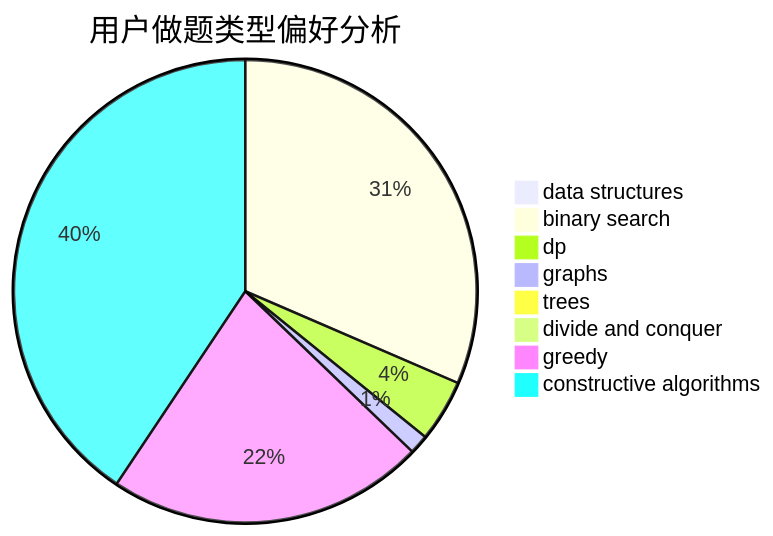
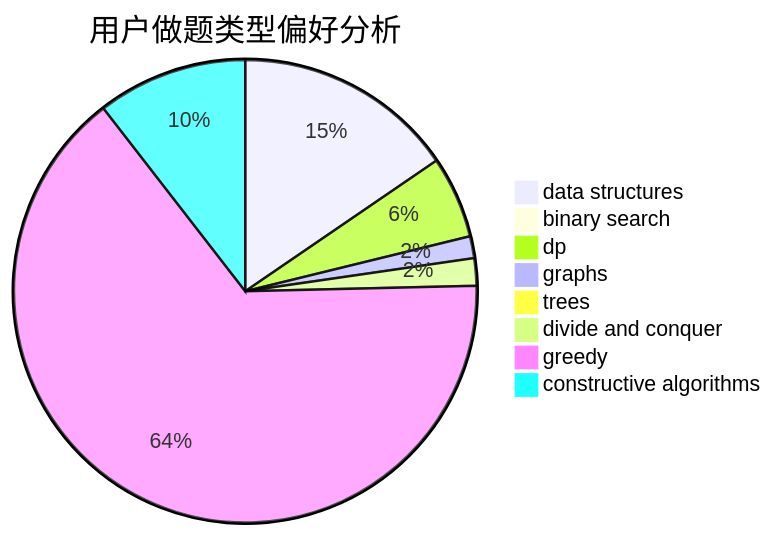
Before and after one commit to sherpahu/cfrs.github.io: the second of 3 diagrams in docs/user/u2442.md, drawn with Mermaid. The commit also changed other lines of this file and 2770 other files, not shown here.

````diff
--- a/docs/user/u2442.md
+++ b/docs/user/u2442.md
@@ -23,11 +23,11 @@
 ```mermaid
 pie title 用户做题类型偏好分析
-    "data structures" :  0
-    "binary search" :  210
-    "dp" :  29
-    "graphs" :  9
-    "trees" :  3
-    "divide and conquer" :  0
-    "greedy" :  148
-    "constructive algorithms" :  271
+    "data structures" :  81
+    "binary search" :  4
+    "dp" :  30
+    "graphs" :  8
+    "trees" :  0
+    "divide and conquer" :  10
+    "greedy" :  340
+    "constructive algorithms" :  55
 ```
````
